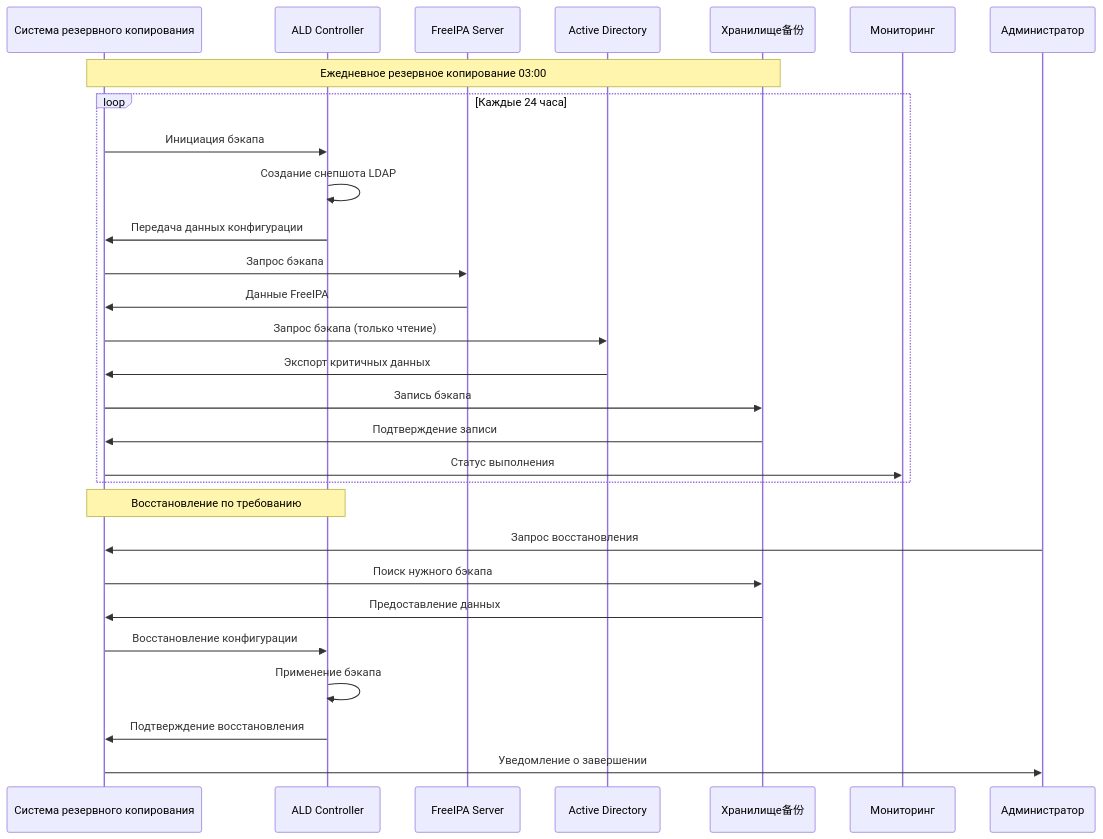
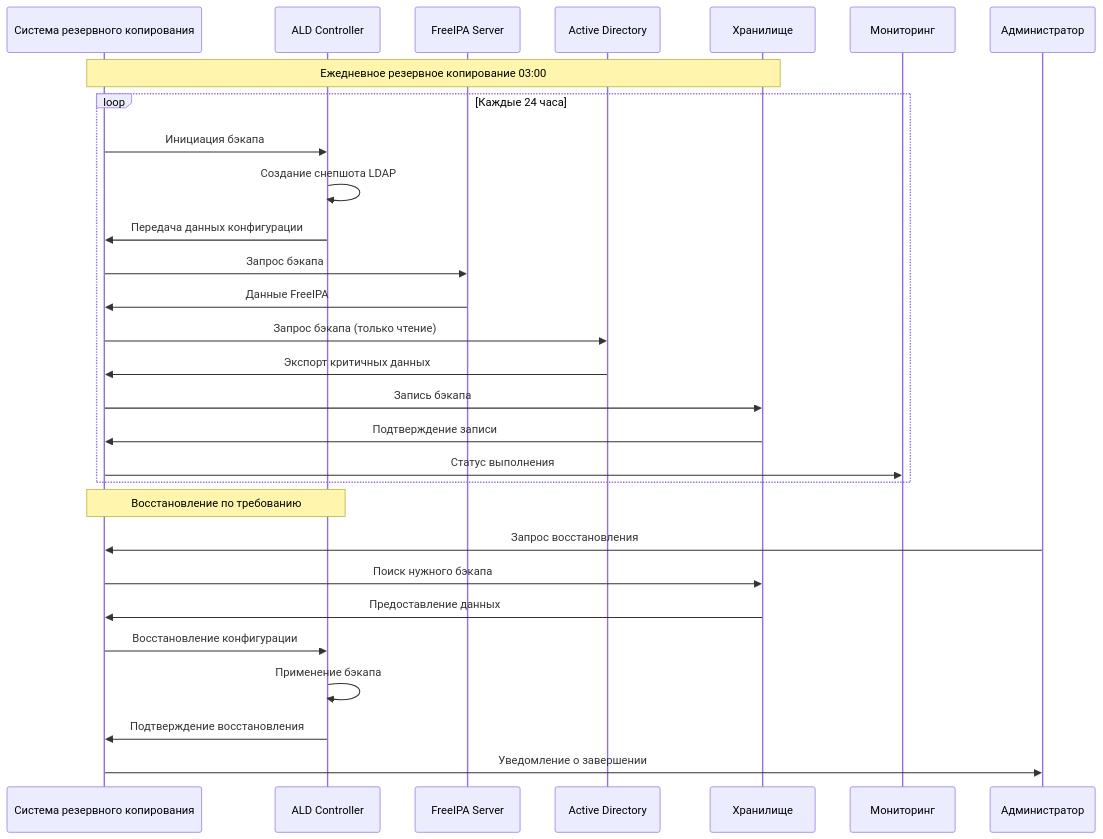
The seventh of 8 diagrams in architechture_corp.md (softboxdev/network_essentals), drawn with Mermaid before and after one commit.

Commit message:
AD_migration

````diff
--- a/architechture_corp.md
+++ b/architechture_corp.md
@@ -263,33 +263,33 @@
 ```mermaid
 sequenceDiagram
     participant Backup as Система резервного копирования
     participant ALD as ALD Controller
     participant FreeIPA as FreeIPA Server
     participant AD as Active Directory
-    participant Storage as Хранилище备份
+    participant Storage as Хранилище
     participant Monitor as Мониторинг
 
     Note over Backup, Storage: Ежедневное резервное копирование 03:00
     loop Каждые 24 часа
         Backup->>ALD: Инициация бэкапа
         ALD->>ALD: Создание снепшота LDAP
         ALD->>Backup: Передача данных конфигурации
         Backup->>FreeIPA: Запрос бэкапа
         FreeIPA->>Backup: Данные FreeIPA
         Backup->>AD: Запрос бэкапа (только чтение)
         AD->>Backup: Экспорт критичных данных
         Backup->>Storage: Запись бэкапа
         Storage->>Backup: Подтверждение записи
         Backup->>Monitor: Статус выполнения
     end
 
     Note over Backup, ALD: Восстановление по требованию
     participant Admin as Администратор
     Admin->>Backup: Запрос восстановления
     Backup->>Storage: Поиск нужного бэкапа
     Storage->>Backup: Предоставление данных
     Backup->>ALD: Восстановление конфигурации
     ALD->>ALD: Применение бэкапа
     ALD->>Backup: Подтверждение восстановления
     Backup->>Admin: Уведомление о завершении
 ```
````
